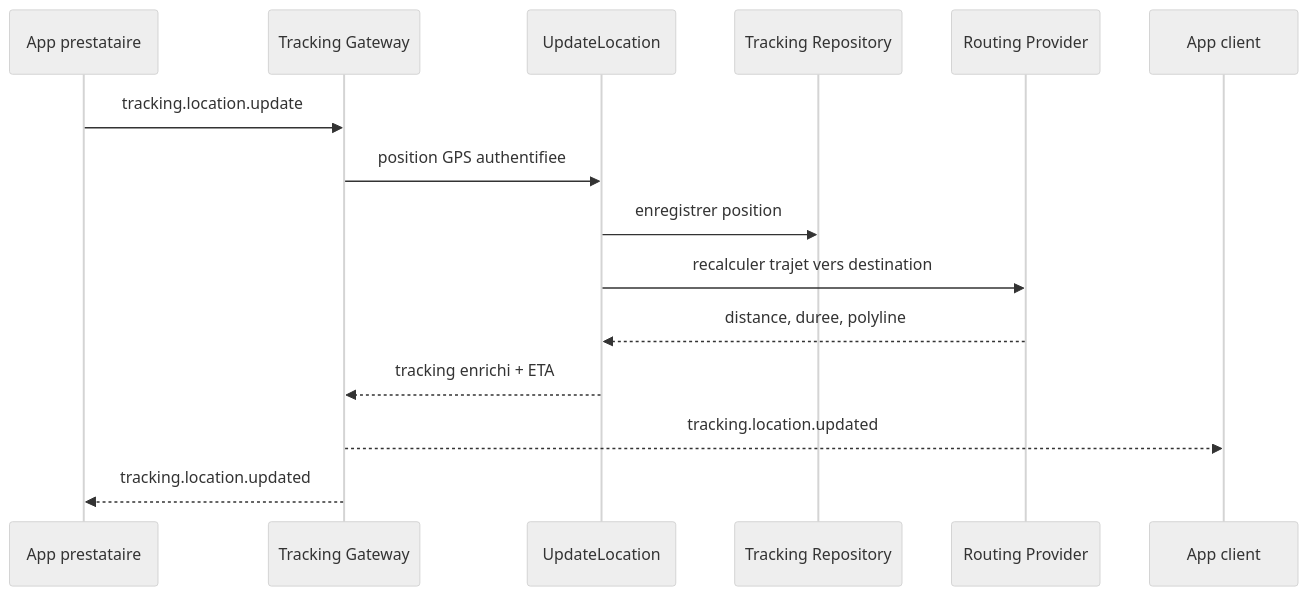
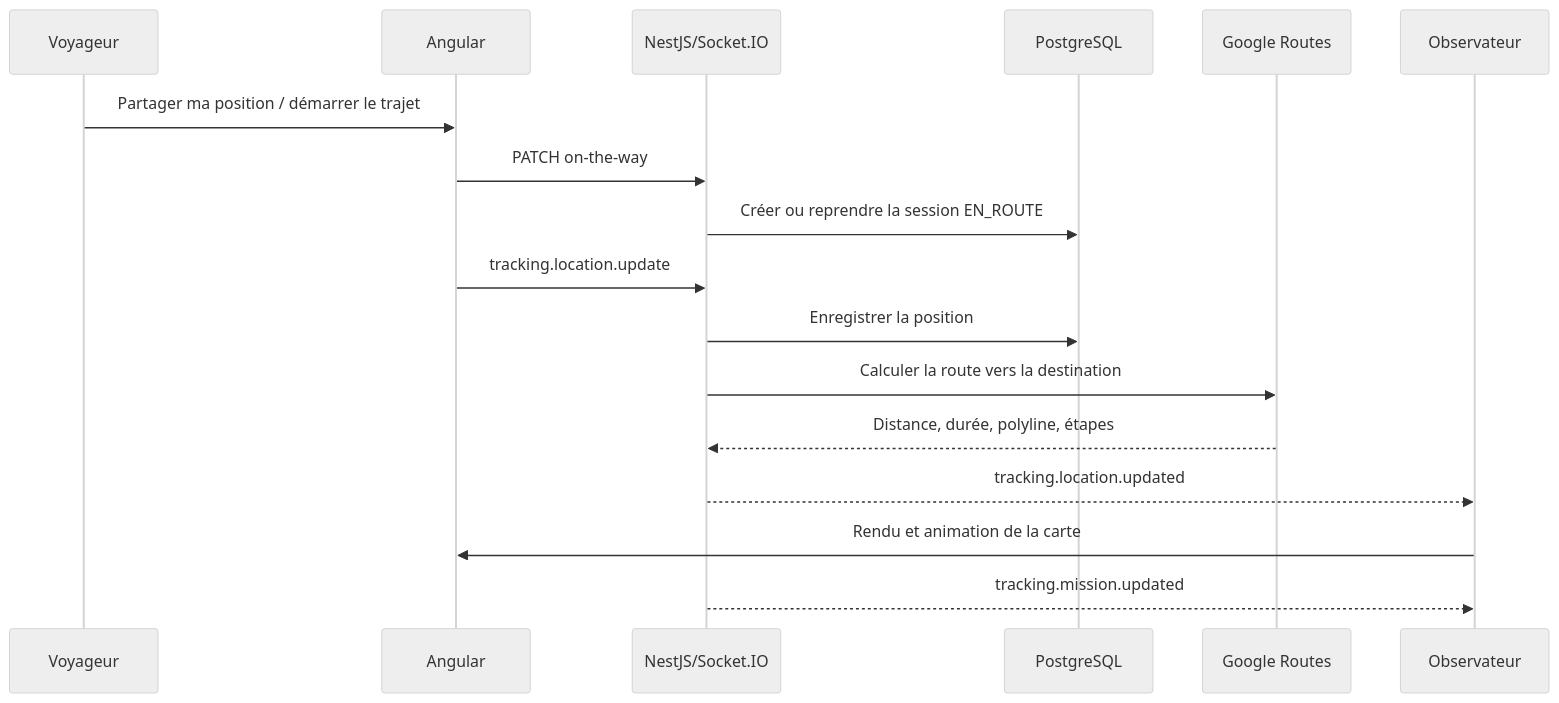
One commit to Jokkodimbali/jokko changed the diagram in backend/docs/maps-tracking-architecture.md. Above: the diagram before and after it, drawn with Mermaid (neutral theme). The commit also changed other lines of this file and 32 other files, not shown here.

````diff
--- a/backend/docs/maps-tracking-architecture.md
+++ b/backend/docs/maps-tracking-architecture.md
@@ -76,18 +401,20 @@
 ```mermaid
 sequenceDiagram
-  participant P as App prestataire
-  participant G as Tracking Gateway
-  participant U as UpdateLocation
-  participant R as Tracking Repository
-  participant M as Routing Provider
-  participant C as App client
+  participant V as Voyageur
+  participant A as Angular
+  participant S as NestJS/Socket.IO
+  participant DB as PostgreSQL
+  participant G as Google Routes
+  participant O as Observateur
 
-  P->>G: tracking.location.update
-  G->>U: position GPS authentifiee
-  U->>R: enregistrer position
-  U->>M: recalculer trajet vers destination
-  M-->>U: distance, duree, polyline
-  U-->>G: tracking enrichi + ETA
-  G-->>C: tracking.location.updated
-  G-->>P: tracking.location.updated
+  V->>A: Partager ma position / démarrer le trajet
+  A->>S: PATCH on-the-way
+  S->>DB: Créer ou reprendre la session EN_ROUTE
+  A->>S: tracking.location.update
+  S->>DB: Enregistrer la position
+  S->>G: Calculer la route vers la destination
+  G-->>S: Distance, durée, polyline, étapes
+  S-->>O: tracking.location.updated
+  O->>A: Rendu et animation de la carte
+  S-->>O: tracking.mission.updated
 ```
````
